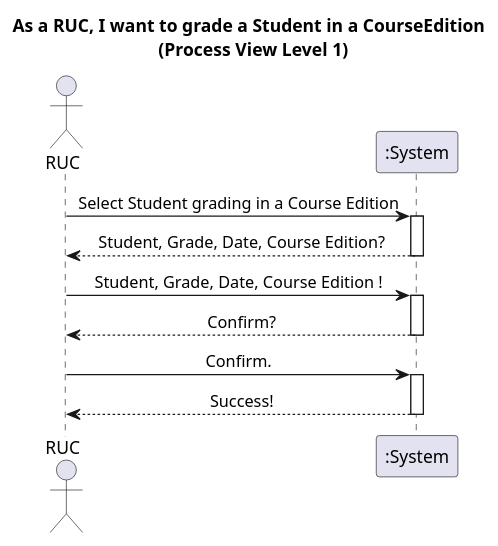
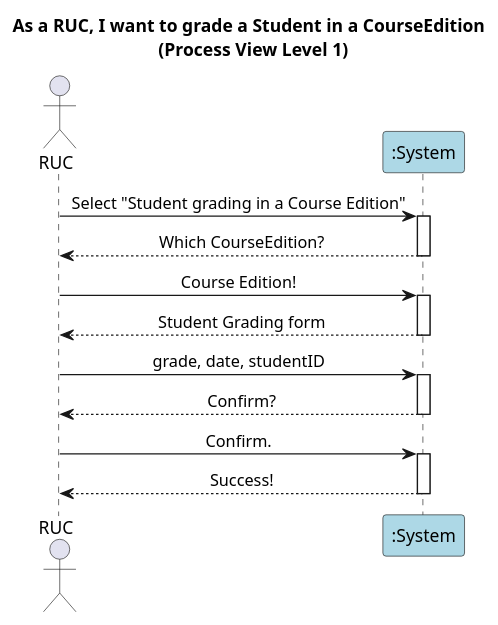
The diagram in docs/US22/REST_API/ProcessView/Level1.puml (GasparISEP/DevOps-PAI), drawn with PlantUML before and after one commit. The commit also changed 7 other files, not shown here.

First line of the commit message:
Refs #560: Change sprint6-related diagrams (ProcessView and ClassDiagram) from US22

```diff
--- a/docs/US22/REST_API/ProcessView/Level1.puml
+++ b/docs/US22/REST_API/ProcessView/Level1.puml
@@ -1,22 +1,26 @@
 @startuml
 actor RUC
 skinparam sequencemessagealign center
 
 title As a RUC, I want to grade a Student in a CourseEdition \n (Process View Level 1)
 
-participant ":System" as System
+participant ":System" as System #lightblue
 
-RUC -> System  : Select Student grading in a Course Edition
+RUC -> System  : Select "Student grading in a Course Edition"
 activate System
-System --> RUC  : Student, Grade, Date, Course Edition?
+System --> RUC  : Which CourseEdition?
 deactivate System
-RUC -> System : Student, Grade, Date, Course Edition !
+RUC -> System : Course Edition!
+activate System
+System --> RUC : Student Grading form
+deactivate System
+RUC -> System : grade, date, studentID
 activate System
 System --> RUC : Confirm?
 deactivate System
 RUC -> System : Confirm.
 activate System
 System --> RUC : Success!
 deactivate System
 
 @enduml
```
